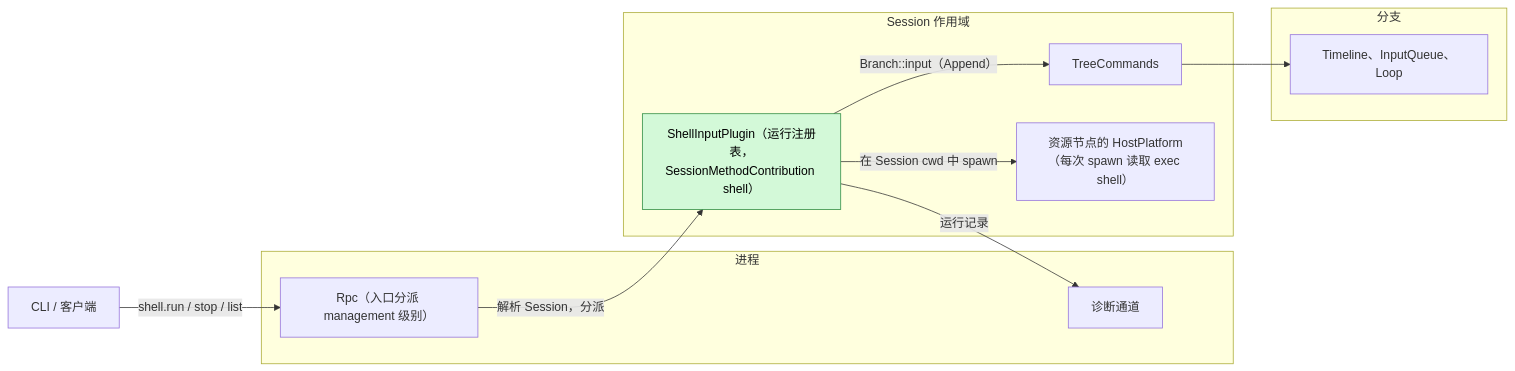
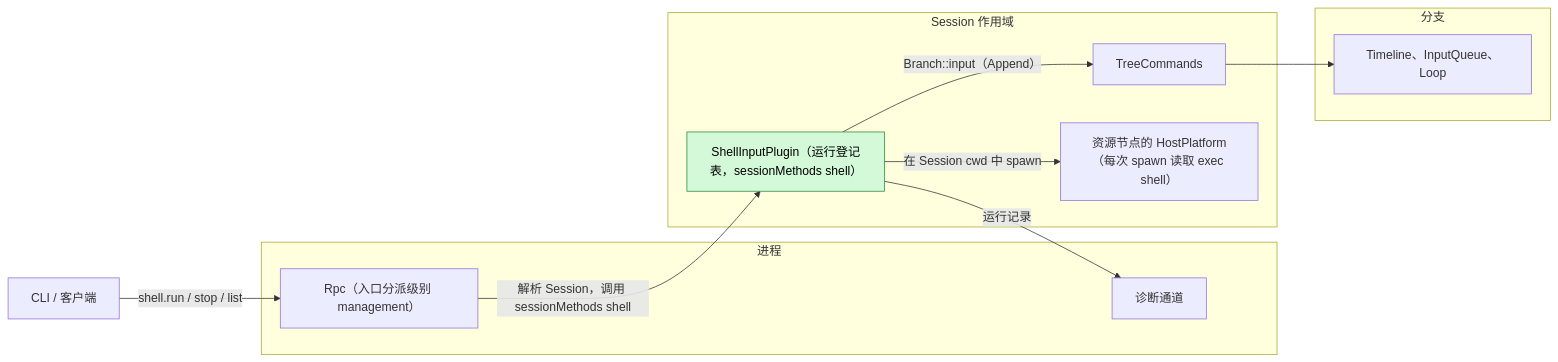
Before and after one commit to CoutinhoTTS/dim-agent: the first of 5 diagrams in docs/zh/design/plugins/ShellInput.md, drawn with Mermaid. The commit also changed other lines of this file and 18 other files, not shown here.

````diff
--- a/docs/zh/design/plugins/ShellInput.md
+++ b/docs/zh/design/plugins/ShellInput.md
@@ -9,23 +9,23 @@
 ```mermaid
 flowchart LR
   CLI["CLI / 客户端"]
   subgraph P["进程"]
-    RPC["Rpc（入口分派 management 级别）"]
+    RPC["Rpc（入口分派级别 management）"]
     DG["诊断通道"]
   end
   subgraph S["Session 作用域"]
-    SI["ShellInputPlugin（运行注册表，SessionMethodContribution shell）"]:::new
+    SI["ShellInputPlugin（运行登记表，sessionMethods shell）"]:::new
     TC["TreeCommands"]
     HP["资源节点的 HostPlatform（每次 spawn 读取 exec shell）"]
   end
   subgraph B["分支"]
     IQ["Timeline、InputQueue、Loop"]
   end
   CLI -- "shell.run / stop / list" --> RPC
-  RPC -- "解析 Session，分派" --> SI
+  RPC -- "解析 Session，调用 sessionMethods shell" --> SI
   SI -- "在 Session cwd 中 spawn" --> HP
   SI -- "Branch::input（Append）" --> TC
   TC --> IQ
   SI -- "运行记录" --> DG
   classDef new fill:#d3f9d8,stroke:#2b8a3e,color:#000
 ```
````
